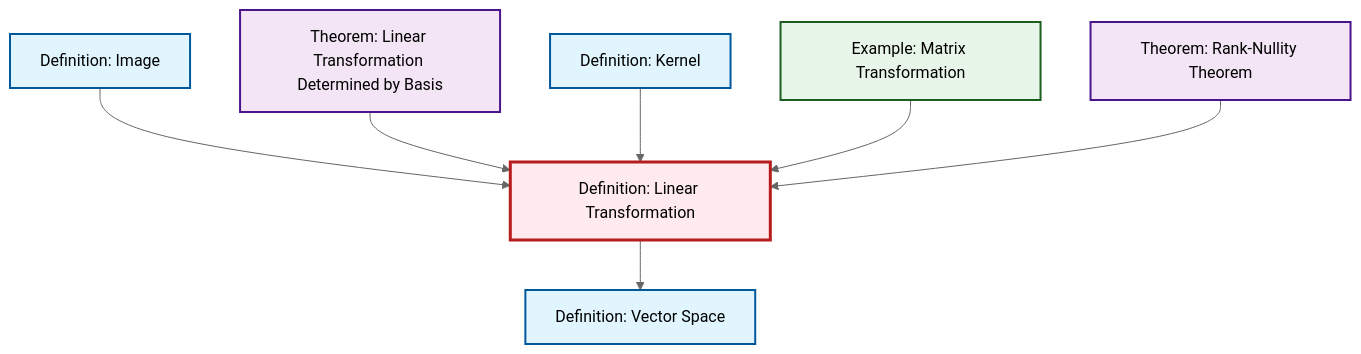
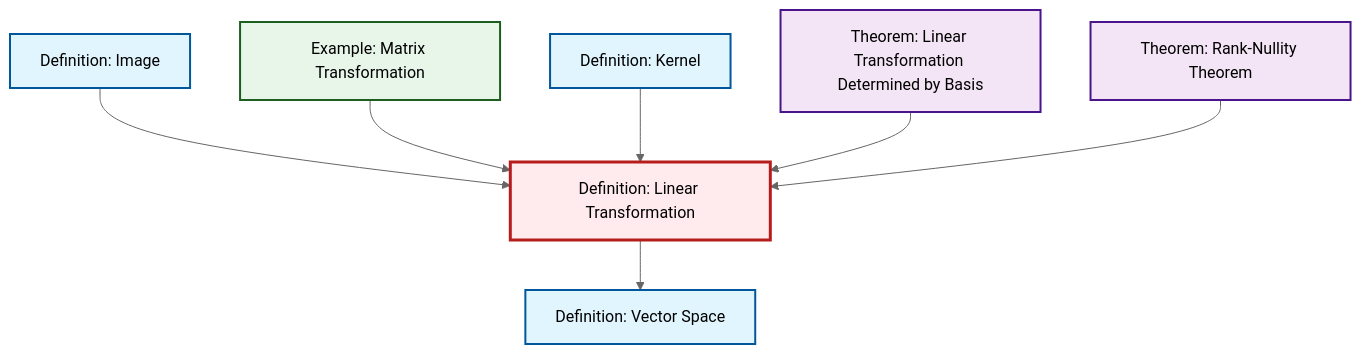
The diagram in content/en/algebra/def-linear-transformation.qmd (RK0429/ModernMath), drawn with Mermaid (neutral theme) before and after one commit. The commit also changed other lines of this file and 203 other files, not shown here.

````diff
--- a/content/en/algebra/def-linear-transformation.qmd
+++ b/content/en/algebra/def-linear-transformation.qmd
@@ -45,30 +45,23 @@
 ```{mermaid}
 %%| fig-cap: "Local dependency graph"
 graph TD
     classDef definition fill:#e1f5fe,stroke:#01579b,stroke-width:2px
     classDef theorem fill:#f3e5f5,stroke:#4a148c,stroke-width:2px
     classDef axiom fill:#fff3e0,stroke:#e65100,stroke-width:2px
     classDef example fill:#e8f5e9,stroke:#1b5e20,stroke-width:2px
     classDef current fill:#ffebee,stroke:#b71c1c,stroke-width:3px
-    thm-rank-nullity["Theorem: Rank-Nullity Theorem"]:::theorem
-    def-image["Definition: Image"]:::definition
-    ex-matrix-transformation["Example: Matrix Transformation"]:::example
+    def-kernel["Definition: Kernel"]:::definition
     def-linear-transformation["Definition: Linear Transformation"]:::definition
     thm-linear-transformation-basis["Theorem: Linear Transformation Determined by Basis"]:::theorem
+    thm-rank-nullity["Theorem: Rank-Nullity Theorem"]:::theorem
+    ex-matrix-transformation["Example: Matrix Transformation"]:::example
     def-vector-space["Definition: Vector Space"]:::definition
-    def-kernel["Definition: Kernel"]:::definition
+    def-image["Definition: Image"]:::definition
     def-image --> def-linear-transformation
+    ex-matrix-transformation --> def-linear-transformation
+    def-kernel --> def-linear-transformation
     thm-linear-transformation-basis --> def-linear-transformation
+    thm-rank-nullity --> def-linear-transformation
     def-linear-transformation --> def-vector-space
-    def-kernel --> def-linear-transformation
-    ex-matrix-transformation --> def-linear-transformation
-    thm-rank-nullity --> def-linear-transformation
     class def-linear-transformation current
-
-    click thm-rank-nullity "thm-rank-nullity.html" "Go to Rank-Nullity Theorem theorem"
-    click def-image "def-image.html" "Go to Image definition"
-    click ex-matrix-transformation "ex-matrix-transformation.html" "Go to Matrix Transformation example"
-    click thm-linear-transformation-basis "thm-linear-transformation-basis.html" "Go to Linear Transformation Determined by Basis theorem"
-    click def-vector-space "def-vector-space.html" "Go to Vector Space definition"
-    click def-kernel "def-kernel.html" "Go to Kernel definition"
 ```
````
